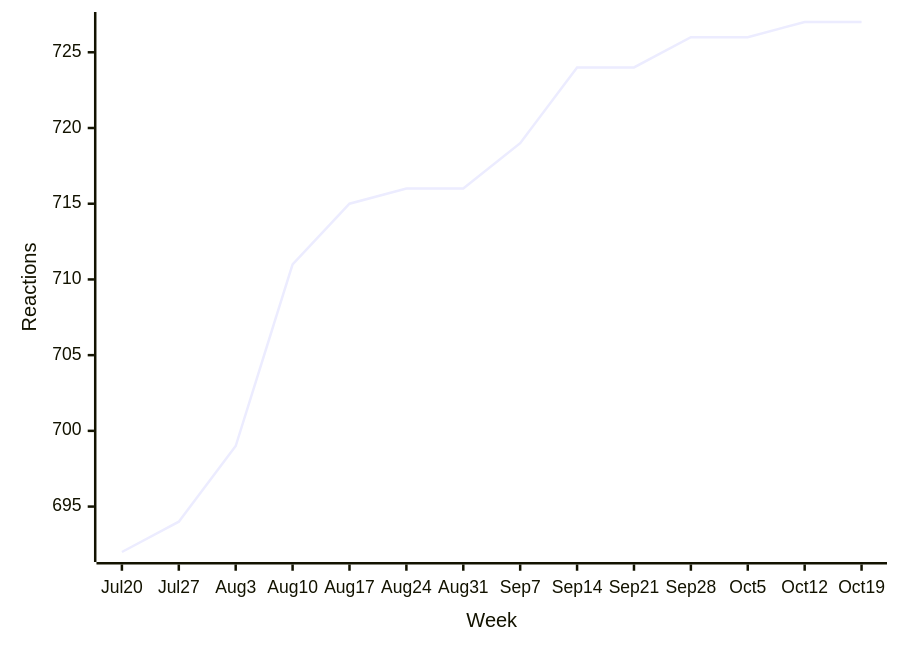
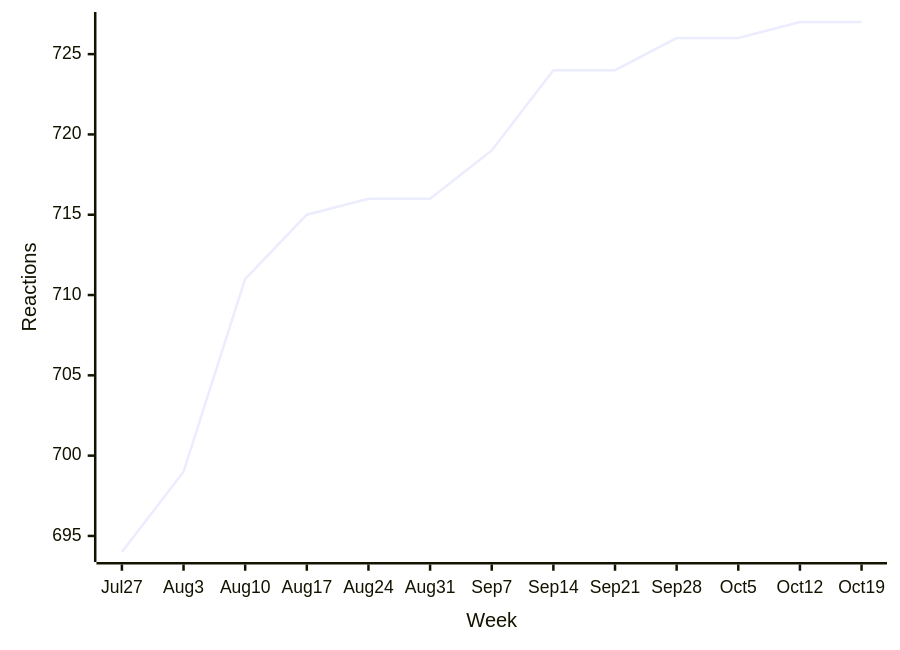
One commit to loic-sharma/github-insights changed the first of 39 diagrams in README.md. Above: the diagram before and after it, drawn with Mermaid. The commit also changed other lines of this file and 3 other files, not shown here.

````diff
--- a/README.md
+++ b/README.md
@@ -324,6 +324,6 @@
   ```mermaid
   xychart-beta
-    x-axis "Week" [Jul 20, Jul 27, Aug 3, Aug 10, Aug 17, Aug 24, Aug 31, Sep 7, Sep 14, Sep 21, Sep 28, Oct 5, Oct 12, Oct 19]
+    x-axis "Week" [Jul 27, Aug 3, Aug 10, Aug 17, Aug 24, Aug 31, Sep 7, Sep 14, Sep 21, Sep 28, Oct 5, Oct 12, Oct 19]
     y-axis "Reactions"
-    line [692, 694, 699, 711, 715, 716, 716, 719, 724, 724, 726, 726, 727, 727]
+    line [694, 699, 711, 715, 716, 716, 719, 724, 724, 726, 726, 727, 727]
   ```
````
